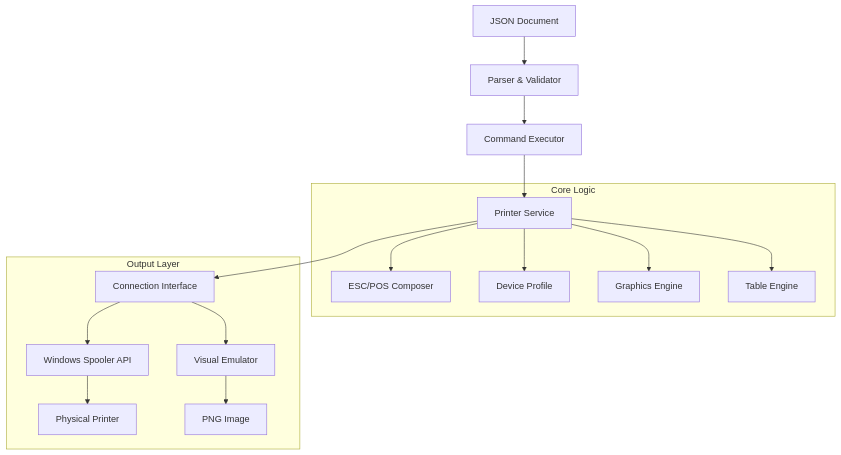
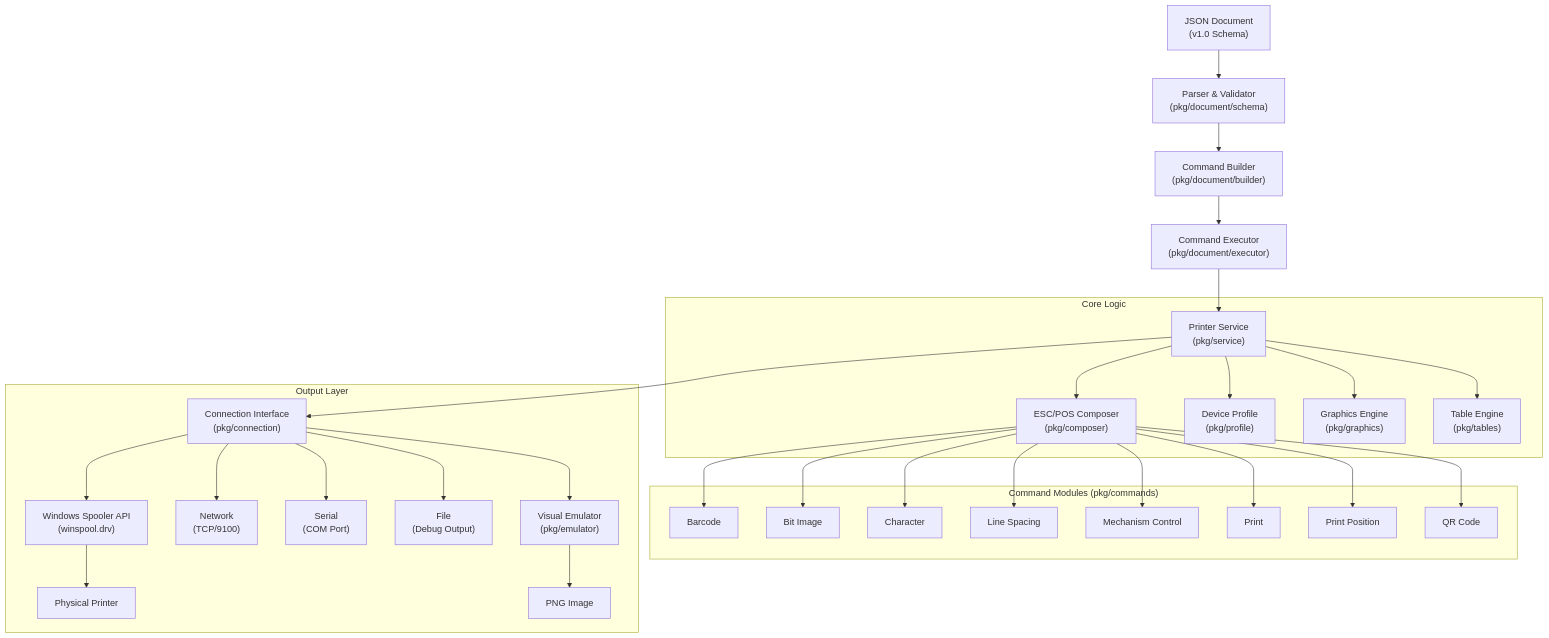
One commit to adcondev/poster changed the diagram in README.md. Above: the diagram before and after it, drawn with Mermaid. The commit also changed other lines of this file and 3 other files, not shown here.

Commit message:
docs(poster): rename project to Poster and update LEARNING.md with technical architecture and new features

````diff
--- a/README.md
+++ b/README.md
@@ -44,22 +48,37 @@
 ```mermaid
 graph TD
-    JSON[JSON Document] --> Parser[Parser & Validator]
-    Parser --> Executor[Command Executor]
-    Executor --> Service[Printer Service]
+    JSON["JSON Document<br/>(v1.0 Schema)"] --> Parser["Parser & Validator<br/>(pkg/document/schema)"]
+    Parser --> Builder["Command Builder<br/>(pkg/document/builder)"]
+    Builder --> Executor["Command Executor<br/>(pkg/document/executor)"]
+    Executor --> Service["Printer Service<br/>(pkg/service)"]
 
-    subgraph Core Logic
-        Service --> Protocol[ESC/POS Composer]
-        Service --> Profile[Device Profile]
-        Service --> Graphics[Graphics Engine]
-        Service --> Tables[Table Engine]
+    subgraph "Core Logic"
+        Service --> Protocol["ESC/POS Composer<br/>(pkg/composer)"]
+        Service --> Profile["Device Profile<br/>(pkg/profile)"]
+        Service --> Graphics["Graphics Engine<br/>(pkg/graphics)"]
+        Service --> Tables["Table Engine<br/>(pkg/tables)"]
     end
 
-    Service --> Connector[Connection Interface]
+    subgraph "Command Modules (pkg/commands)"
+        Protocol --> Barcode["Barcode"]
+        Protocol --> BitImage["Bit Image"]
+        Protocol --> Character["Character"]
+        Protocol --> LineSpacing["Line Spacing"]
+        Protocol --> MechControl["Mechanism Control"]
+        Protocol --> PrintCmd["Print"]
+        Protocol --> PrintPos["Print Position"]
+        Protocol --> QRCode["QR Code"]
+    end
 
-    subgraph Output Layer
-        Connector --> WinAPI[Windows Spooler API]
-        Connector --> Emulator[Visual Emulator]
-        WinAPI --> Device[Physical Printer]
-        Emulator --> PNG[PNG Image]
+    Service --> Connector["Connection Interface<br/>(pkg/connection)"]
+
+    subgraph "Output Layer"
+        Connector --> WinAPI["Windows Spooler API<br/>(winspool.drv)"]
+        Connector --> Network["Network<br/>(TCP/9100)"]
+        Connector --> Serial["Serial<br/>(COM Port)"]
+        Connector --> FileOut["File<br/>(Debug Output)"]
+        Connector --> Emulator["Visual Emulator<br/>(pkg/emulator)"]
+        WinAPI --> Device["Physical Printer"]
+        Emulator --> PNG["PNG Image"]
     end
 ```
````
